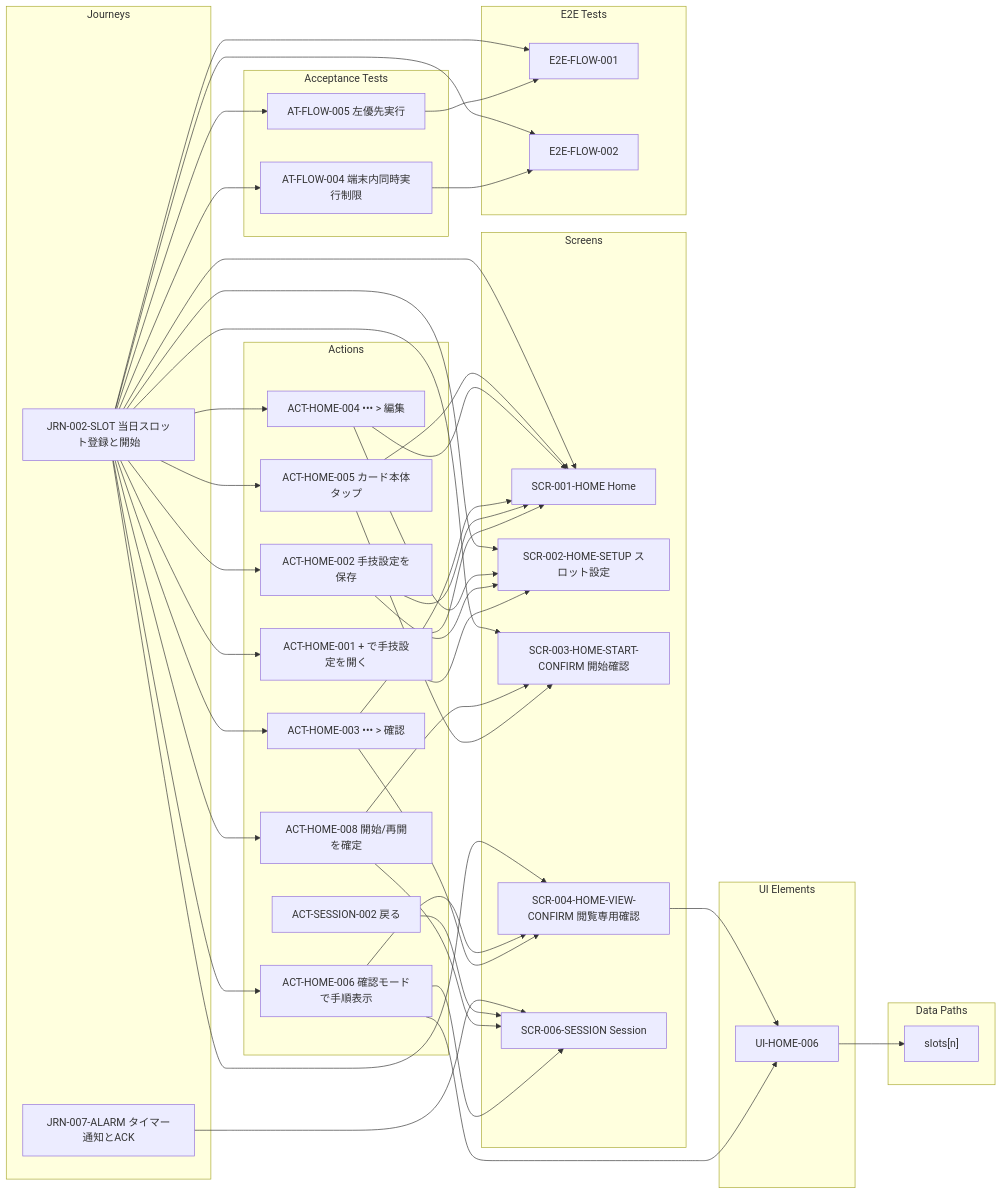
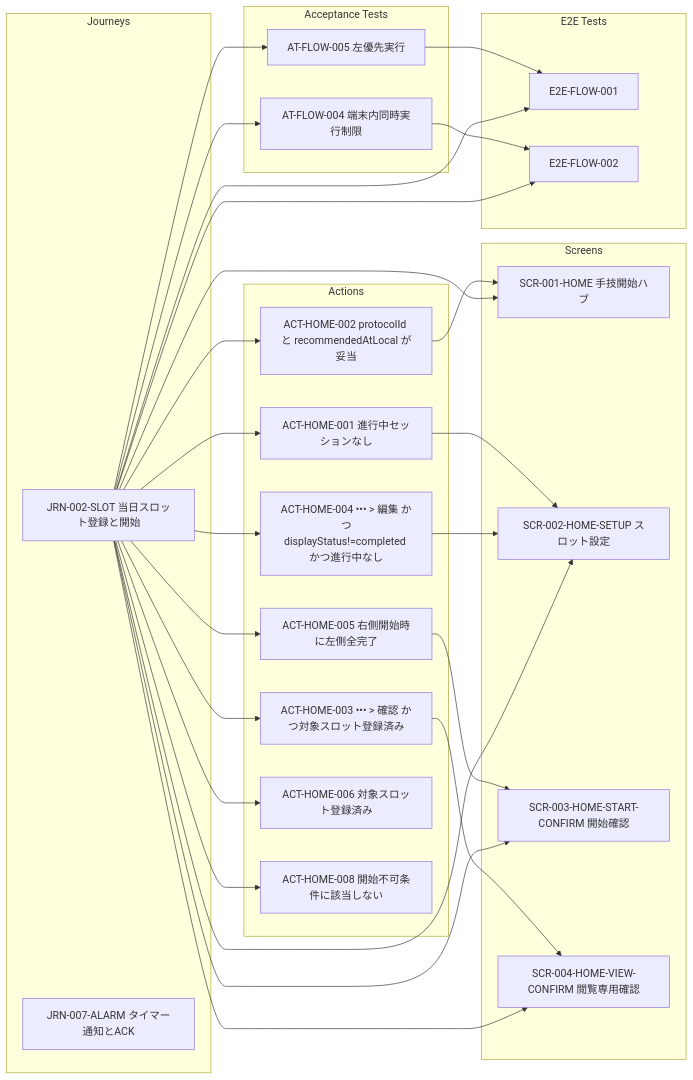
Before and after one commit to h-sakanet/capd_navi: the diagram in docs/generated/screens/SCR-004-HOME-VIEW-CONFIRM.md, drawn with Mermaid. The commit also changed 475 other files, not shown here.

````diff
--- a/docs/generated/screens/SCR-004-HOME-VIEW-CONFIRM.md
+++ b/docs/generated/screens/SCR-004-HOME-VIEW-CONFIRM.md
@@ -3,75 +3,53 @@
 ```mermaid
 flowchart LR
   %% SCR-004-HOME-VIEW-CONFIRM
   subgraph JRN["Journeys"]
-    N14["JRN-002-SLOT 当日スロット登録と開始"]
-    N15["JRN-007-ALARM タイマー通知とACK"]
+    N12["JRN-002-SLOT 当日スロット登録と開始"]
+    N13["JRN-007-ALARM タイマー通知とACK"]
   end
   subgraph ACT["Actions"]
-    N1["ACT-HOME-001 + で手技設定を開く"]
-    N2["ACT-HOME-002 手技設定を保存"]
-    N3["ACT-HOME-003 ••• > 確認"]
-    N4["ACT-HOME-004 ••• > 編集"]
-    N5["ACT-HOME-005 カード本体タップ"]
-    N6["ACT-HOME-006 確認モードで手順表示"]
-    N7["ACT-HOME-008 開始/再開を確定"]
-    N8["ACT-SESSION-002 戻る"]
+    N1["ACT-HOME-001 進行中セッションなし"]
+    N2["ACT-HOME-002 protocolId と recommendedAtLocal が妥当"]
+    N3["ACT-HOME-003 ••• > 確認 かつ対象スロット登録済み"]
+    N4["ACT-HOME-004 ••• > 編集 かつdisplayStatus!=completed かつ進行中なし"]
+    N5["ACT-HOME-005 右側開始時に左側全完了"]
+    N6["ACT-HOME-006 対象スロット登録済み"]
+    N7["ACT-HOME-008 開始不可条件に該当しない"]
   end
   subgraph SCR["Screens"]
-    N16["SCR-001-HOME Home"]
-    N17["SCR-002-HOME-SETUP スロット設定"]
-    N18["SCR-003-HOME-START-CONFIRM 開始確認"]
-    N19["SCR-004-HOME-VIEW-CONFIRM 閲覧専用確認"]
-    N20["SCR-006-SESSION Session"]
-  end
-  subgraph UI["UI Elements"]
-    N21["UI-HOME-006"]
+    N14["SCR-001-HOME 手技開始ハブ"]
+    N15["SCR-002-HOME-SETUP スロット設定"]
+    N16["SCR-003-HOME-START-CONFIRM 開始確認"]
+    N17["SCR-004-HOME-VIEW-CONFIRM 閲覧専用確認"]
   end
   subgraph AT["Acceptance Tests"]
-    N9["AT-FLOW-004 端末内同時実行制限"]
-    N10["AT-FLOW-005 左優先実行"]
+    N8["AT-FLOW-004 端末内同時実行制限"]
+    N9["AT-FLOW-005 左優先実行"]
   end
   subgraph E2E["E2E Tests"]
-    N12["E2E-FLOW-001"]
-    N13["E2E-FLOW-002"]
+    N10["E2E-FLOW-001"]
+    N11["E2E-FLOW-002"]
   end
-  subgraph DATA["Data Paths"]
-    N11["slots[n]"]
-  end
-  N1 --> N16
-  N1 --> N17
-  N2 --> N16
-  N2 --> N17
-  N3 --> N16
-  N3 --> N19
-  N4 --> N16
-  N4 --> N17
+  N1 --> N15
+  N2 --> N14
+  N3 --> N17
+  N4 --> N15
   N5 --> N16
-  N5 --> N18
-  N6 --> N19
-  N6 --> N20
-  N6 --> N21
-  N7 --> N18
-  N7 --> N20
-  N8 --> N20
-  N9 --> N13
-  N10 --> N12
-  N14 --> N1
-  N14 --> N2
-  N14 --> N3
-  N14 --> N4
-  N14 --> N5
-  N14 --> N6
-  N14 --> N7
-  N14 --> N9
-  N14 --> N10
-  N14 --> N12
-  N14 --> N13
-  N14 --> N16
-  N14 --> N17
-  N14 --> N18
-  N14 --> N19
-  N15 --> N20
-  N19 --> N21
-  N21 --> N11
+  N8 --> N11
+  N9 --> N10
+  N12 --> N1
+  N12 --> N2
+  N12 --> N3
+  N12 --> N4
+  N12 --> N5
+  N12 --> N6
+  N12 --> N7
+  N12 --> N8
+  N12 --> N9
+  N12 --> N10
+  N12 --> N11
+  N12 --> N14
+  N12 --> N15
+  N12 --> N16
+  N12 --> N17
 ```
````
